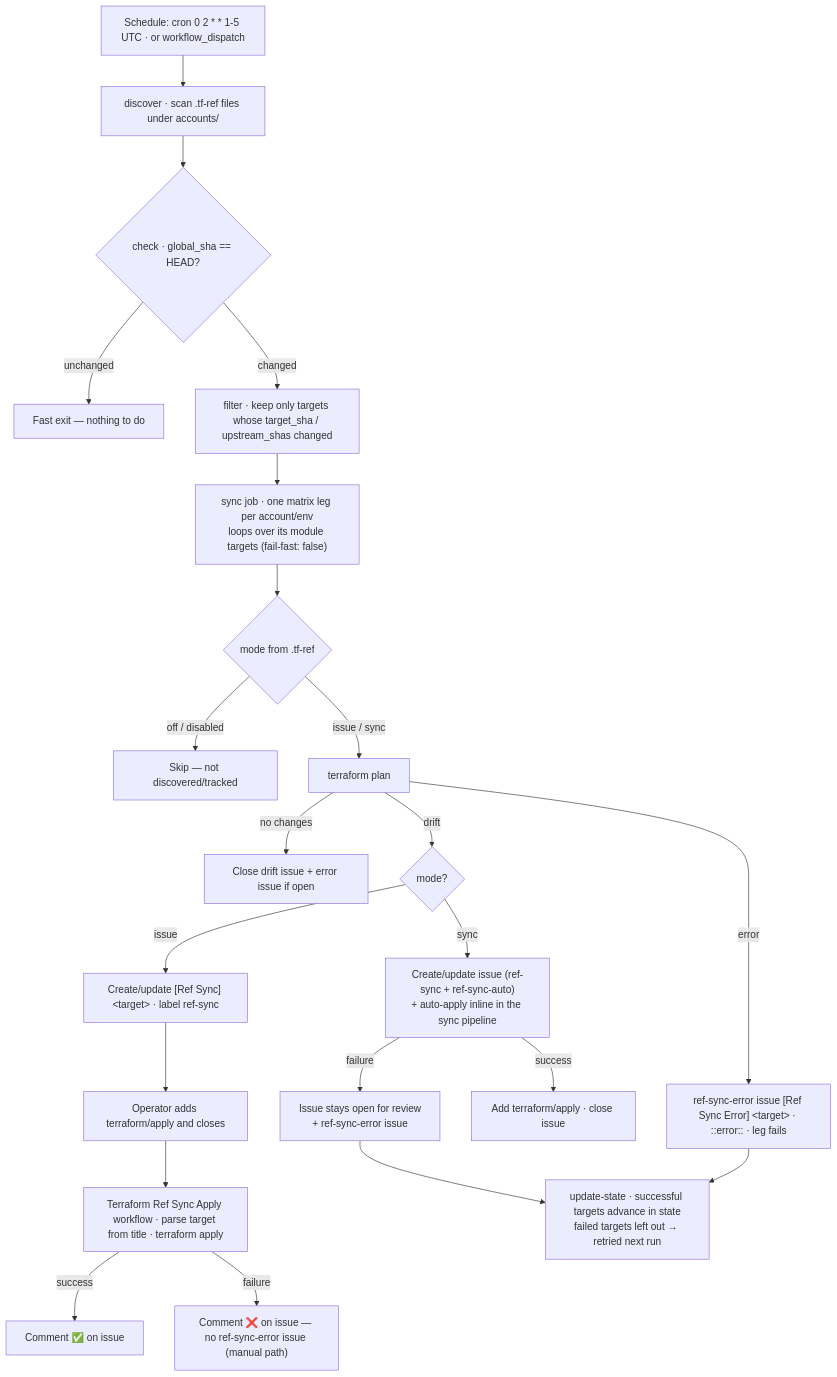
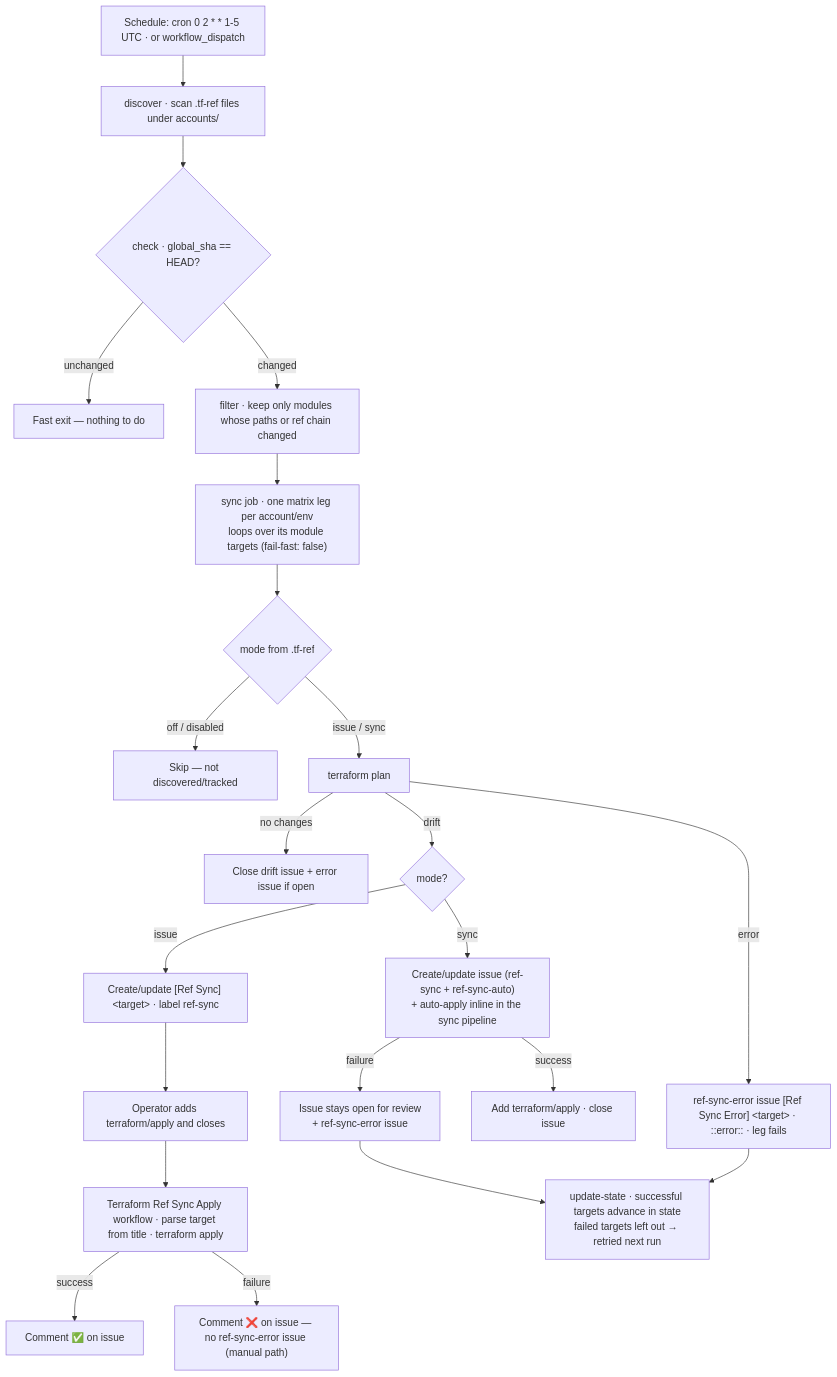
One commit to firestartr-pro/docs changed the diagram in site/raw/features/terraform-infra/README.md. Above: the diagram before and after it, drawn with Mermaid. The commit also changed other lines of this file and 3 other files, not shown here.

````diff
--- a/site/raw/features/terraform-infra/README.md
+++ b/site/raw/features/terraform-infra/README.md
@@ -57,25 +74,25 @@
 ```mermaid
 flowchart TD
     TRIGGER["Schedule: cron 0 2 * * 1-5 UTC · or workflow_dispatch"]
     TRIGGER --> DISCOVER["discover · scan .tf-ref files under accounts/"]
     DISCOVER --> CHECK{"check · global_sha == HEAD?"}
     CHECK -- unchanged --> EXIT["Fast exit — nothing to do"]
-    CHECK -- changed --> FILTER["filter · keep only targets whose target_sha / upstream_shas changed"]
+    CHECK -- changed --> FILTER["filter · keep only modules whose paths or ref chain changed"]
     FILTER --> SYNC["sync job · one matrix leg per account/env<br/>loops over its module targets (fail-fast: false)"]
     SYNC --> MODE{"mode from .tf-ref"}
     MODE -- off / disabled --> SKIP["Skip — not discovered/tracked"]
     MODE -- issue / sync --> PLAN["terraform plan"]
     PLAN -- error --> ERR["ref-sync-error issue [Ref Sync Error] &lt;target&gt; · ::error:: · leg fails"]
     PLAN -- no changes --> CLOSE["Close drift issue + error issue if open"]
     PLAN -- drift --> BRANCH{"mode?"}
     BRANCH -- issue --> DI["Create/update [Ref Sync] &lt;target&gt; · label ref-sync"]
     DI --> OP["Operator adds terraform/apply and closes"]
     OP --> AW["Terraform Ref Sync Apply workflow · parse target from title · terraform apply"]
     AW -- success --> AC["Comment ✅ on issue"]
     AW -- failure --> ACF["Comment ❌ on issue — no ref-sync-error issue (manual path)"]
     BRANCH -- sync --> AUTO["Create/update issue (ref-sync + ref-sync-auto)<br/>+ auto-apply inline in the sync pipeline"]
     AUTO -- success --> AS["Add terraform/apply · close issue"]
     AUTO -- failure --> AF["Issue stays open for review<br/>+ ref-sync-error issue"]
     ERR --> STATE["update-state · successful targets advance in state<br/>failed targets left out → retried next run"]
     AF --> STATE
 ```
````
